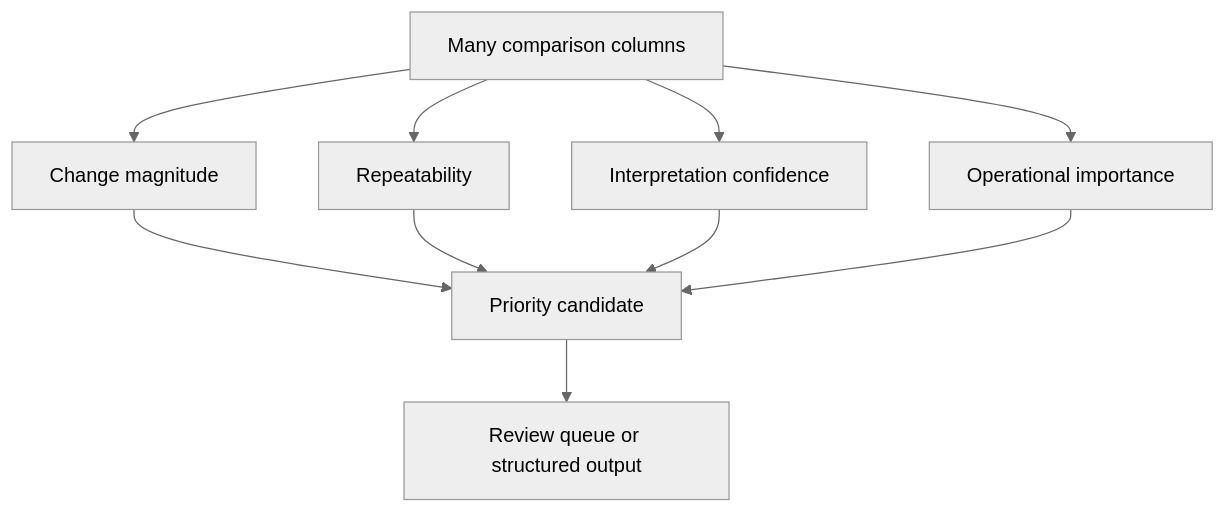
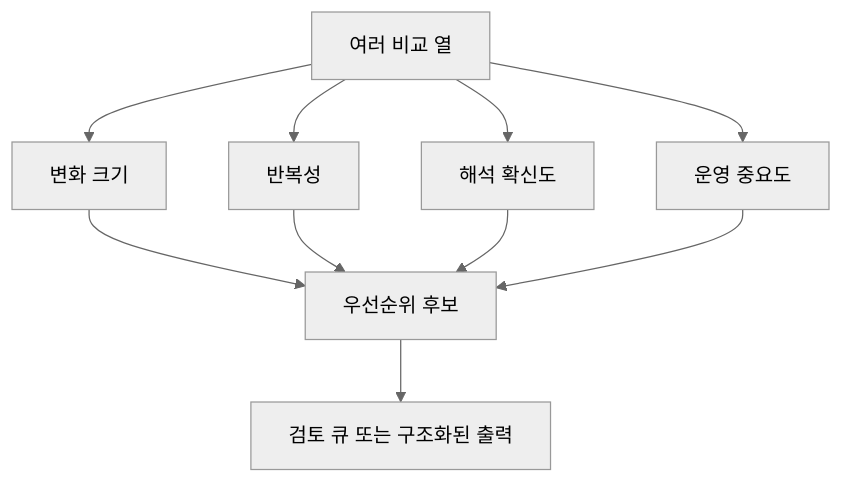
One commit to devchan64/AiBook changed the diagram in docs/parts/part-03/chapter-08/section-05.md. Above: the diagram before and after it, drawn with Mermaid (neutral theme). The commit also changed 45 other files, not shown here.

Commit message:
docs: localize part 3 mermaid diagrams

````diff
--- a/docs/parts/part-03/chapter-08/section-05.md
+++ b/docs/parts/part-03/chapter-08/section-05.md
@@ -81,15 +81,15 @@
 ```mermaid
 flowchart TD
-    A[Many comparison columns]
-    A --> B1[Change magnitude]
-    A --> B2[Repeatability]
-    A --> B3[Interpretation confidence]
-    A --> B4[Operational importance]
+    A[여러 비교 열]
+    A --> B1[변화 크기]
+    A --> B2[반복성]
+    A --> B3[해석 확신도]
+    A --> B4[운영 중요도]
 
-    B1 --> C[Priority candidate]
+    B1 --> C[우선순위 후보]
     B2 --> C
     B3 --> C
     B4 --> C
 
-    C --> D[Review queue or structured output]
+    C --> D[검토 큐 또는 구조화된 출력]
 ```
````
